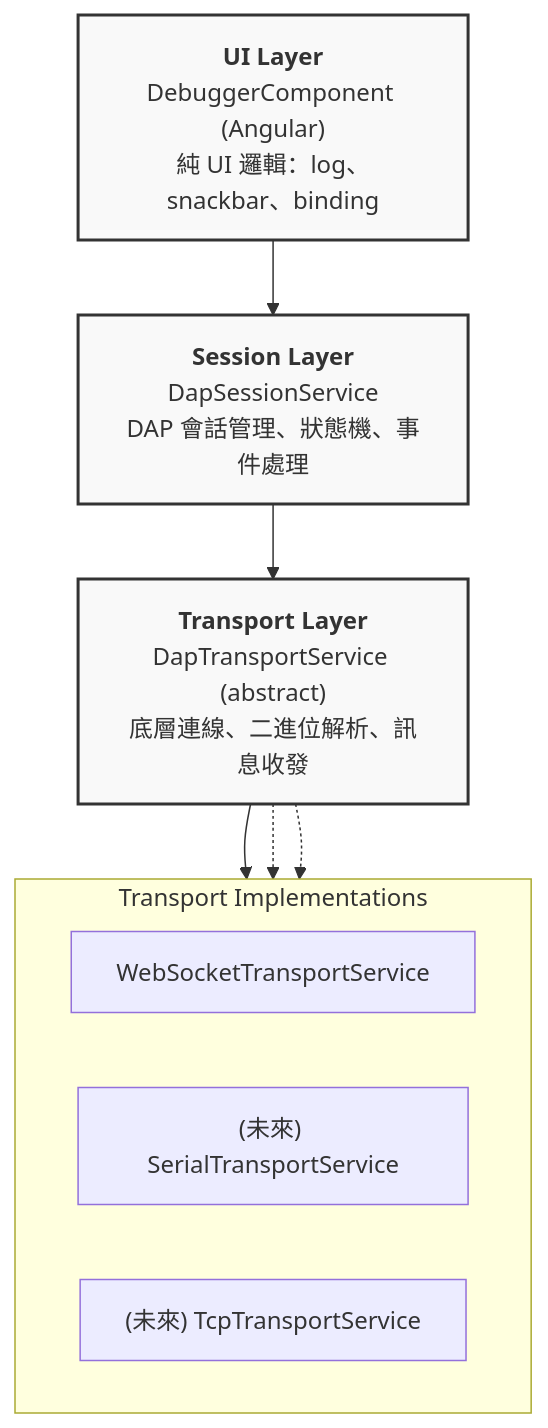
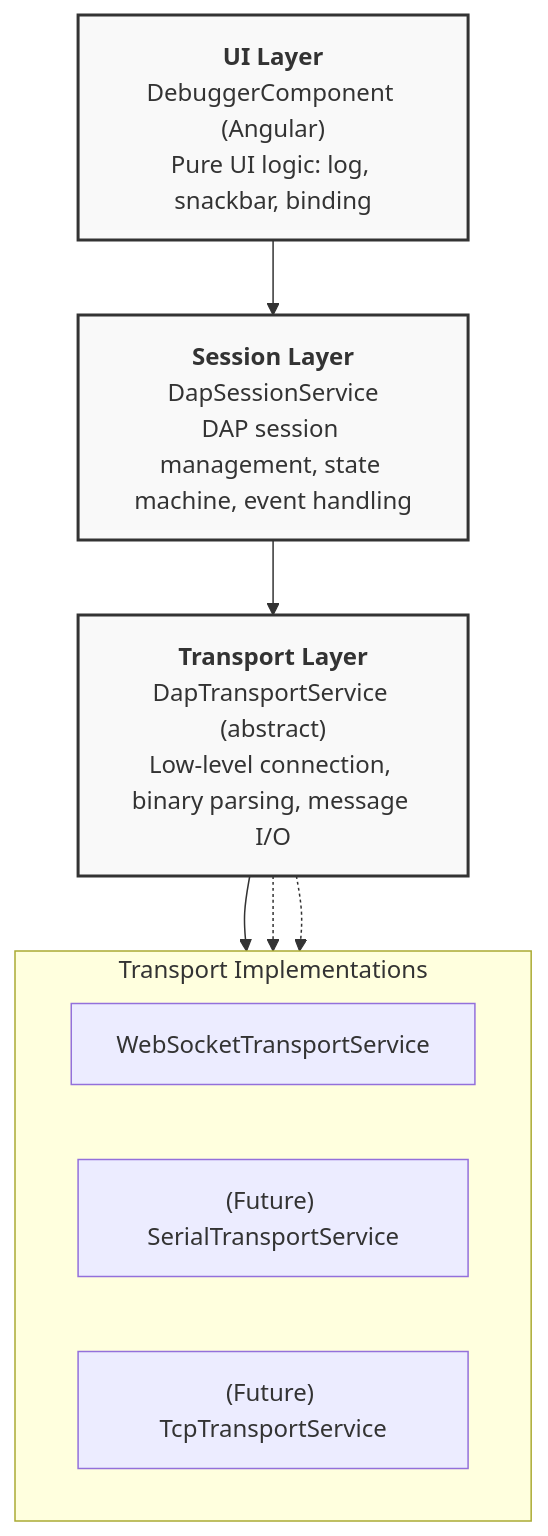
The first of 9 diagrams in docs/architecture.md (tangpo387-arch/taro-debugger), drawn with Mermaid before and after one commit. The commit also changed other lines of this file and 9 other files, not shown here.

````diff
--- a/docs/architecture.md
+++ b/docs/architecture.md
@@ -7,24 +19,24 @@
 ```mermaid
 graph TD
-    UI["<b>UI Layer</b><br/>DebuggerComponent (Angular)<br/>純 UI 邏輯：log、snackbar、binding"]
-    Session["<b>Session Layer</b><br/>DapSessionService<br/>DAP 會話管理、狀態機、事件處理"]
-    Transport["<b>Transport Layer</b><br/>DapTransportService (abstract)<br/>底層連線、二進位解析、訊息收發"]
+    UI["<b>UI Layer</b><br/>DebuggerComponent (Angular)<br/>Pure UI logic: log, snackbar, binding"]
+    Session["<b>Session Layer</b><br/>DapSessionService<br/>DAP session management, state machine, event handling"]
+    Transport["<b>Transport Layer</b><br/>DapTransportService (abstract)<br/>Low-level connection, binary parsing, message I/O"]
 
     UI --> Session
     Session --> Transport
 
     subgraph Implementations ["Transport Implementations"]
         direction LR
         WSS["WebSocketTransportService"]
-        STS["(未來) SerialTransportService"]
-        TTS["(未來) TcpTransportService"]
+        STS["(Future) SerialTransportService"]
+        TTS["(Future) TcpTransportService"]
     end
 
     Transport --> WSS
     Transport -.-> STS
     Transport -.-> TTS
 
     style UI fill:#f9f9f9,stroke:#333,stroke-width:2px
     style Session fill:#f9f9f9,stroke:#333,stroke-width:2px
     style Transport fill:#f9f9f9,stroke:#333,stroke-width:2px
 ```
````
